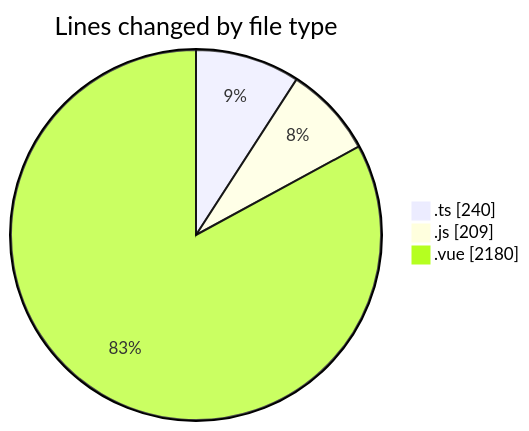
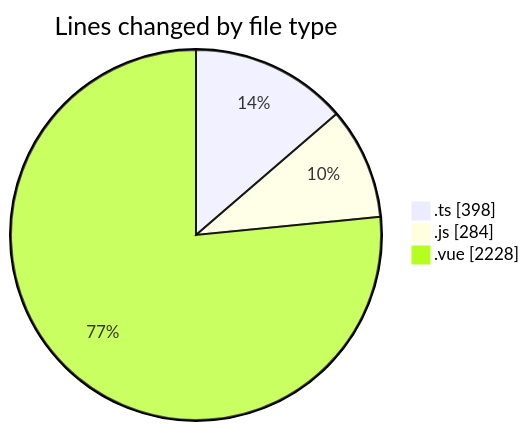
The first of 2 diagrams in 2025-08-16/rentotp/README.md (lephambinh05/code-tracking), drawn with Mermaid before and after one commit. The commit also changed other lines of this file and 1 other file, not shown here.

````diff
--- a/2025-08-16/rentotp/README.md
+++ b/2025-08-16/rentotp/README.md
@@ -29,7 +32,7 @@
 ```mermaid
 pie showData
 title Lines changed by file type
-".ts" : 240
-".js" : 209
-".vue" : 2180
+".ts" : 398
+".js" : 284
+".vue" : 2228
 ```
````
